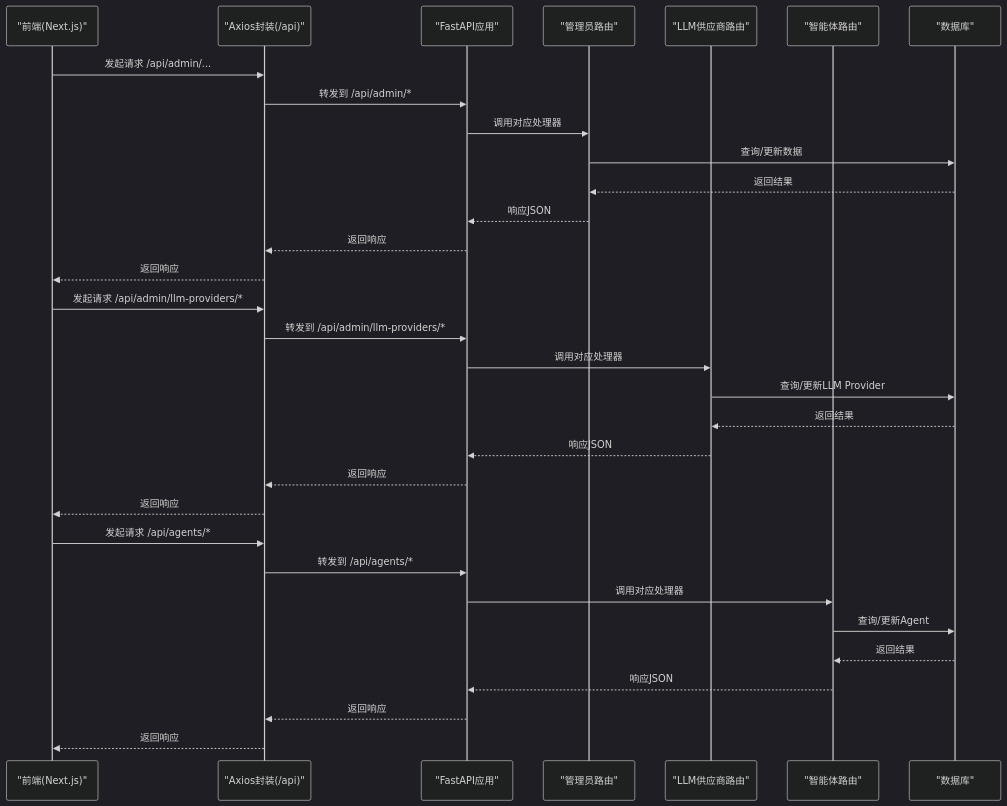
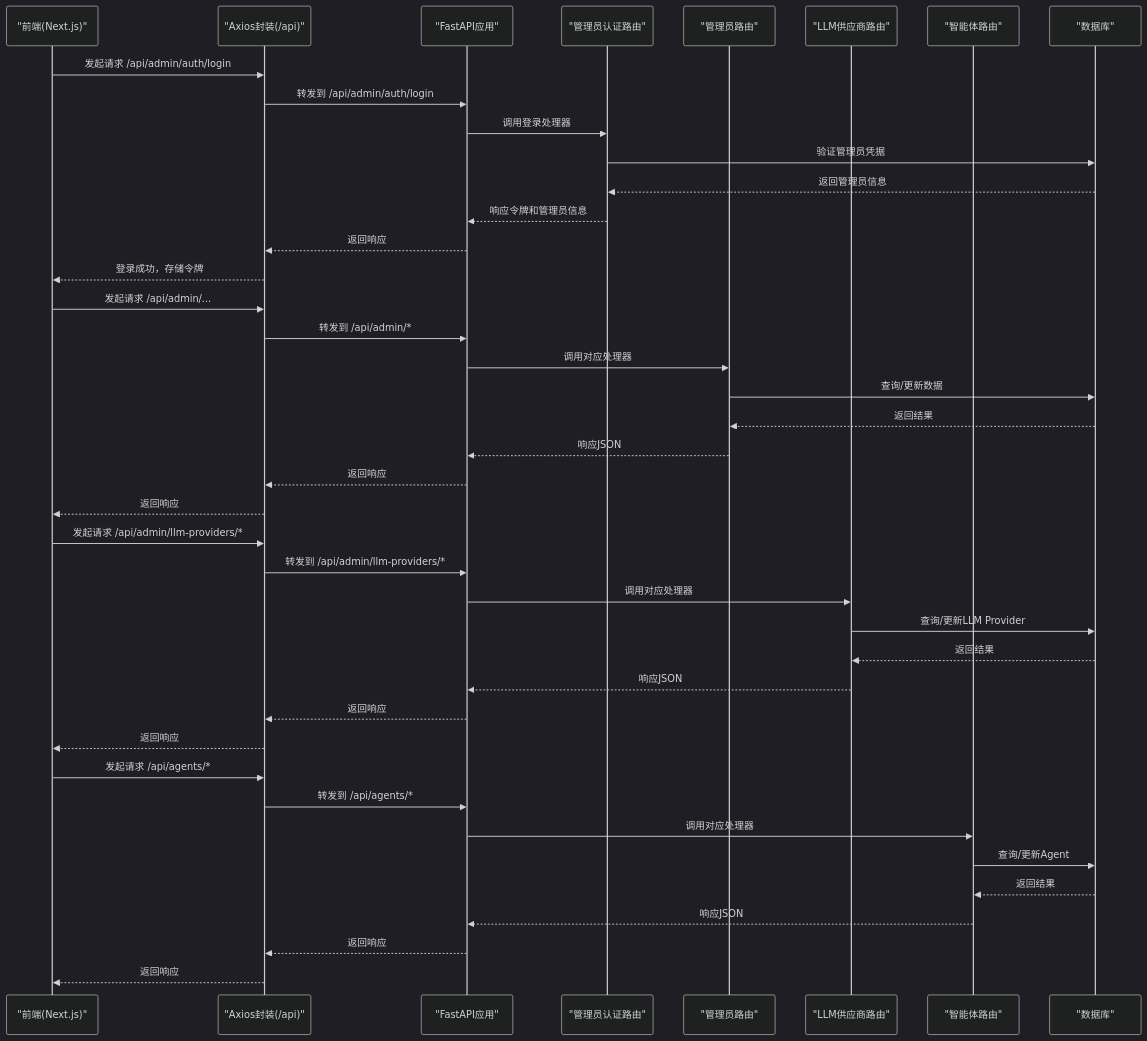
One commit to KunLabAI/KunFlix changed the second of 9 diagrams in .qoder/repowiki/zh/content/API接口文档/管理员API.md. Above: the diagram before and after it, drawn with Mermaid (dark theme). The commit also changed other lines of this file and 25 other files, not shown here.

First line of the commit message:
feat(admin-auth): 新增管理员认证模块及登录界面优化

````diff
--- a/.qoder/repowiki/zh/content/API接口文档/管理员API.md
+++ b/.qoder/repowiki/zh/content/API接口文档/管理员API.md
@@ -116,34 +147,43 @@
 ```mermaid
 sequenceDiagram
 participant FE as "前端(Next.js)"
 participant AX as "Axios封装(/api)"
 participant APP as "FastAPI应用"
+participant AUTH as "管理员认证路由"
 participant ADM as "管理员路由"
 participant LLM as "LLM供应商路由"
 participant AG as "智能体路由"
 participant DB as "数据库"
+FE->>AX : 发起请求 /api/admin/auth/login
+AX->>APP : 转发到 /api/admin/auth/login
+APP->>AUTH : 调用登录处理器
+AUTH->>DB : 验证管理员凭据
+DB-->>AUTH : 返回管理员信息
+AUTH-->>APP : 响应令牌和管理员信息
+APP-->>AX : 返回响应
+AX-->>FE : 登录成功，存储令牌
 FE->>AX : 发起请求 /api/admin/...
 AX->>APP : 转发到 /api/admin/*
 APP->>ADM : 调用对应处理器
 ADM->>DB : 查询/更新数据
 DB-->>ADM : 返回结果
 ADM-->>APP : 响应JSON
 APP-->>AX : 返回响应
 AX-->>FE : 返回响应
 FE->>AX : 发起请求 /api/admin/llm-providers/*
 AX->>APP : 转发到 /api/admin/llm-providers/*
 APP->>LLM : 调用对应处理器
 LLM->>DB : 查询/更新LLM Provider
 DB-->>LLM : 返回结果
 LLM-->>APP : 响应JSON
 APP-->>AX : 返回响应
 AX-->>FE : 返回响应
 FE->>AX : 发起请求 /api/agents/*
 AX->>APP : 转发到 /api/agents/*
 APP->>AG : 调用对应处理器
 AG->>DB : 查询/更新Agent
 DB-->>AG : 返回结果
 AG-->>APP : 响应JSON
 APP-->>AX : 返回响应
 AX-->>FE : 返回响应
 ```
````
